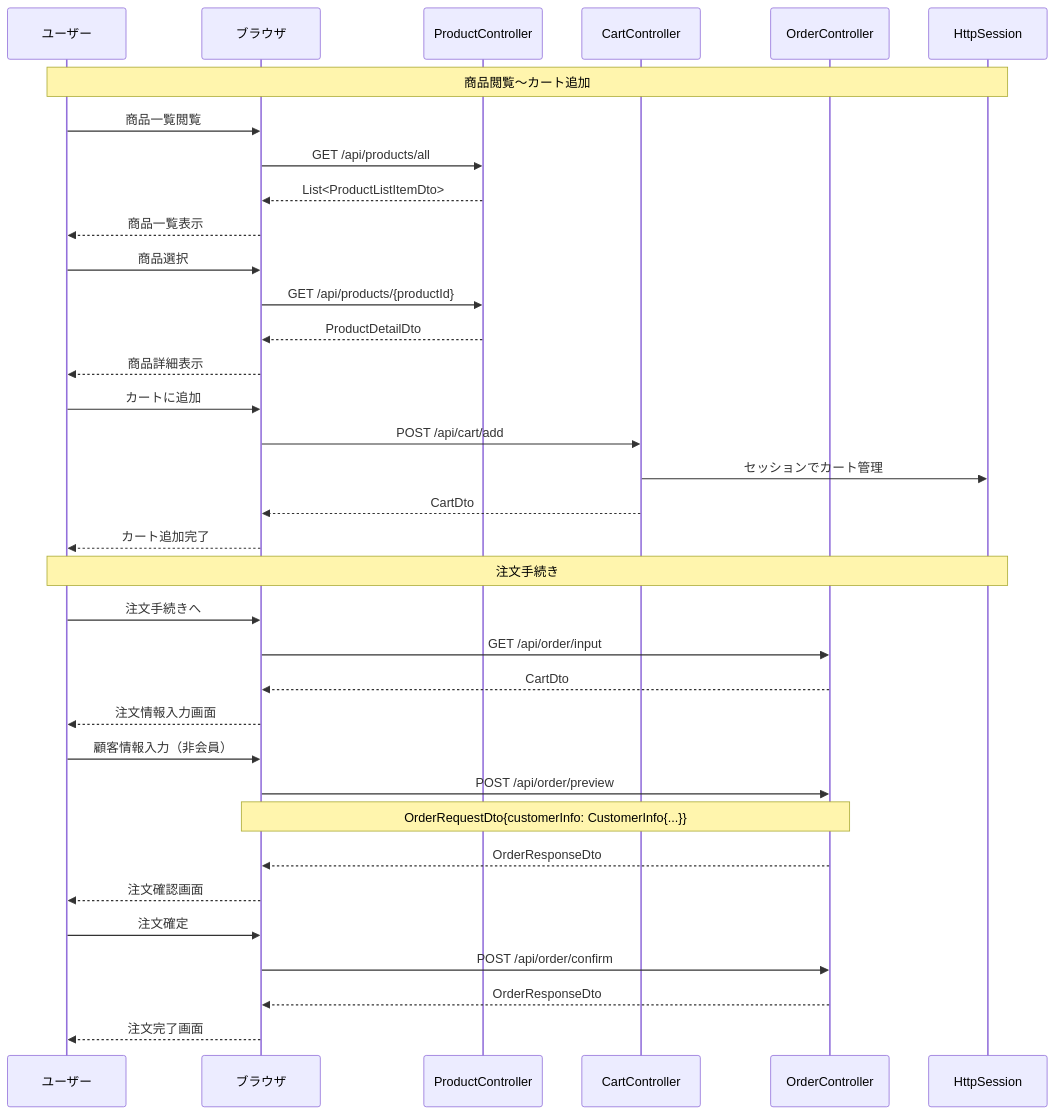
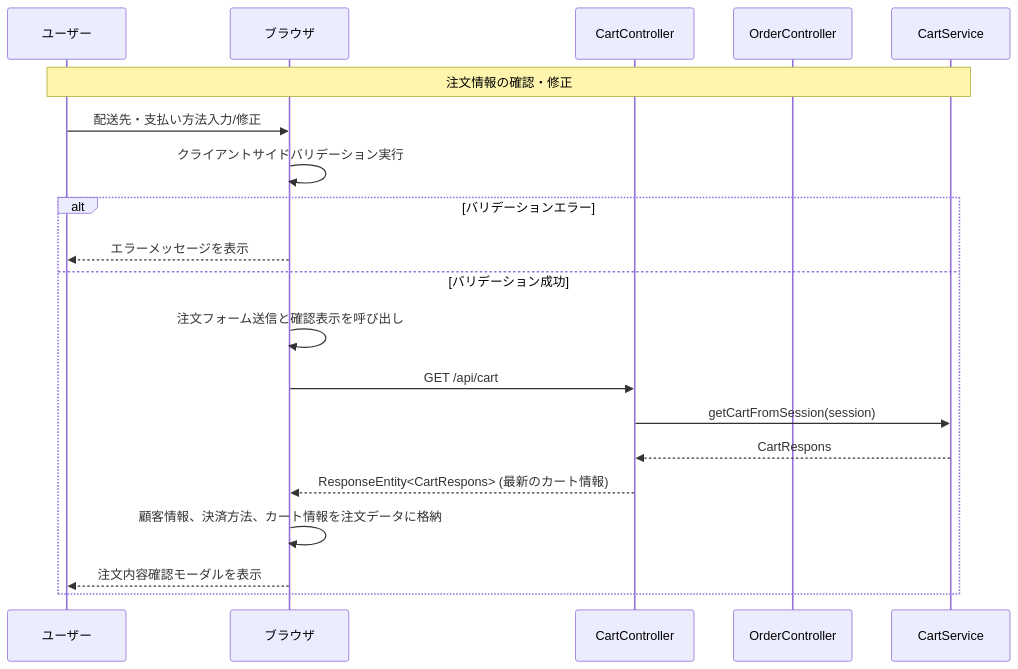
Before and after one commit to shogomaeda758/Bacon: the tenth of 22 diagrams in 詳細設計/詳細設計書_v3.md, drawn with Mermaid. The commit also changed other lines of this file, not shown here.

Commit message:
シーケンス図変更＿詳細設計書

````diff
--- a/詳細設計/詳細設計書_v3.md
+++ b/詳細設計/詳細設計書_v3.md
@@ -476,43 +445,23 @@
 ```mermaid
 sequenceDiagram
     participant U as ユーザー
     participant B as ブラウザ
-    participant PC as ProductController
     participant CC as CartController
     participant OC as OrderController
-    participant S as HttpSession
+    participant CS as CartService
 
-    Note over U,S: 商品閲覧〜カート追加
-    U->>B: 商品一覧閲覧
-    B->>PC: GET /api/products/all
-    PC-->>B: List<ProductListItemDto>
-    B-->>U: 商品一覧表示
-    
-    U->>B: 商品選択
-    B->>PC: GET /api/products/{productId}
-    PC-->>B: ProductDetailDto
-    B-->>U: 商品詳細表示
-    
-    U->>B: カートに追加
-    B->>CC: POST /api/cart/add
-    CC->>S: セッションでカート管理
-    CC-->>B: CartDto
-    B-->>U: カート追加完了
-    
-    Note over U,S: 注文手続き
-    U->>B: 注文手続きへ
-    B->>OC: GET /api/order/input
-    OC-->>B: CartDto
-    B-->>U: 注文情報入力画面
-    
-    U->>B: 顧客情報入力（非会員）
-    B->>OC: POST /api/order/preview
-    Note over B,OC: OrderRequestDto{customerInfo: CustomerInfo{...}}
-    OC-->>B: OrderResponseDto
-    B-->>U: 注文確認画面
-    
-    U->>B: 注文確定
-    B->>OC: POST /api/order/confirm
-    OC-->>B: OrderResponseDto
-    B-->>U: 注文完了画面
+    Note over U,CS: 注文情報の確認・修正
+    U->>B: 配送先・支払い方法入力/修正
+    B->>B: クライアントサイドバリデーション実行
+    alt バリデーションエラー
+        B-->>U: エラーメッセージを表示
+    else バリデーション成功
+        B->>B: 注文フォーム送信と確認表示を呼び出し
+        B->>CC: GET /api/cart
+        CC->>CS: getCartFromSession(session)
+        CS-->>CC: CartRespons
+        CC-->>B: ResponseEntity<CartRespons> (最新のカート情報)
+        B->>B: 顧客情報、決済方法、カート情報を注文データに格納
+        B-->>U: 注文内容確認モーダルを表示
+    end
 ```
````
